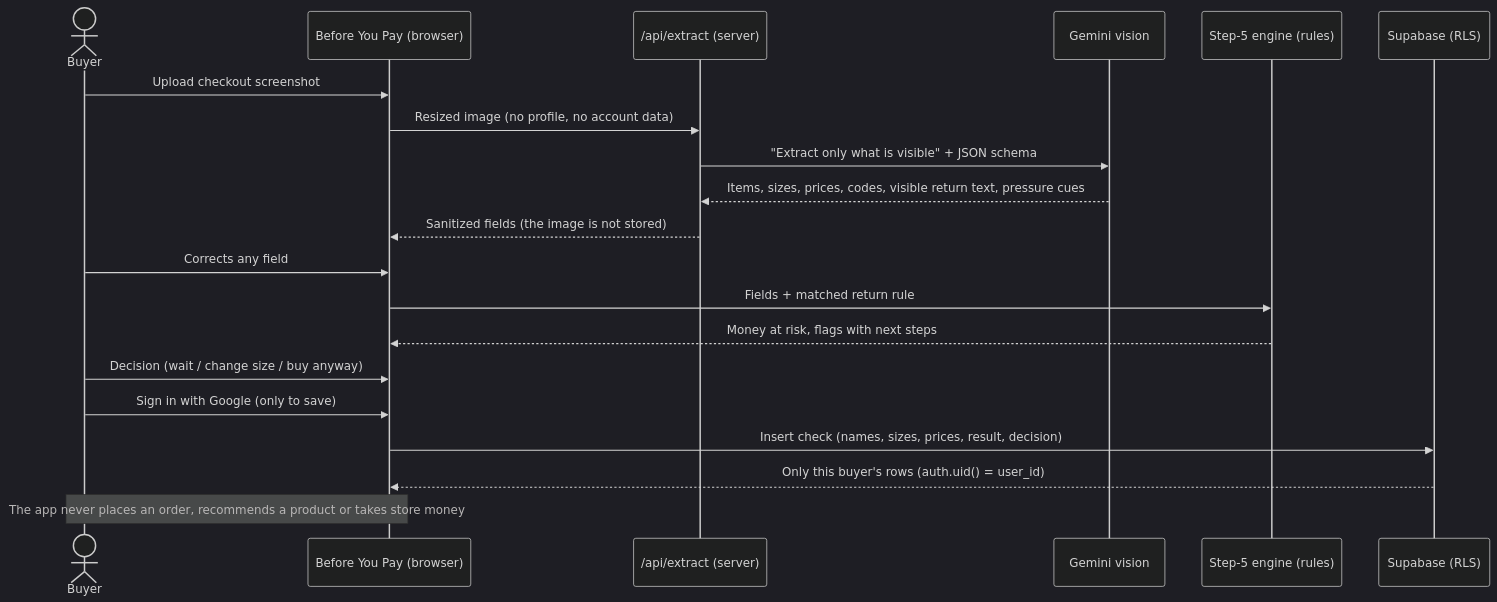
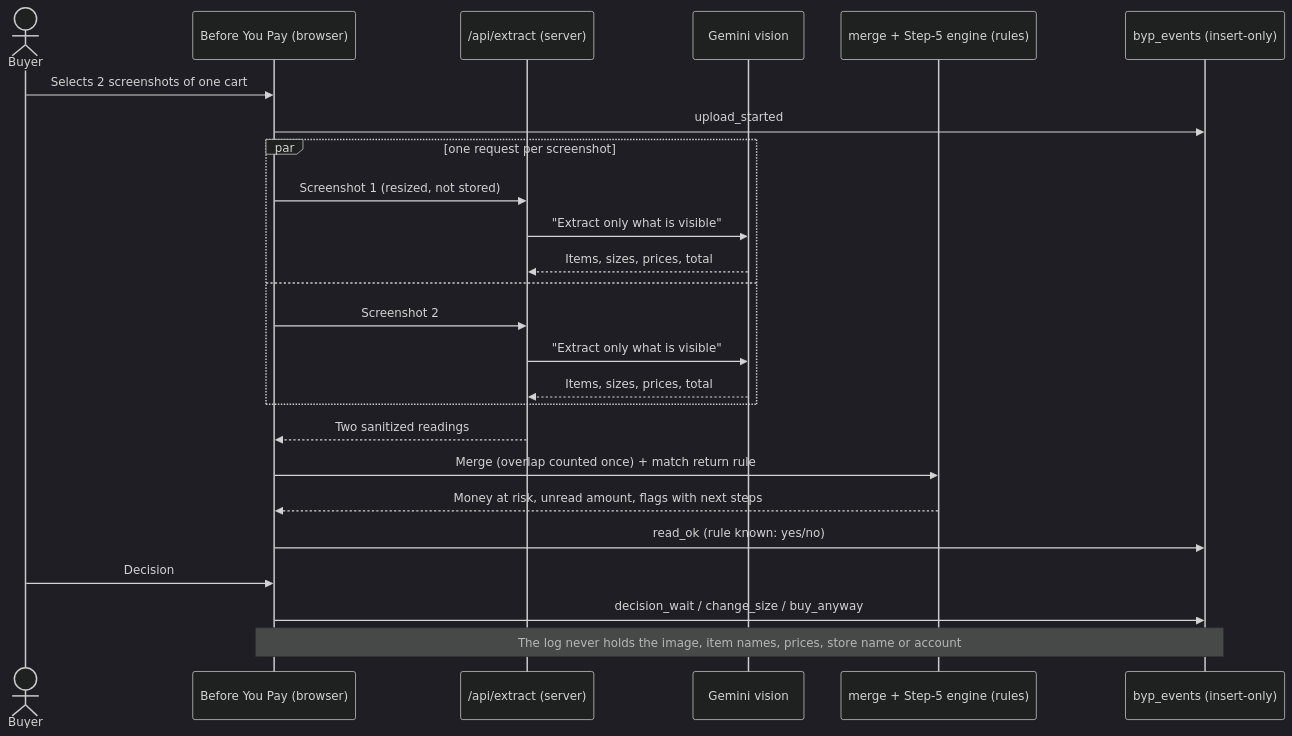
One commit to KaromBuilds/before-you-pay changed the second of 2 diagrams in docs/PACKET.md. Above: the diagram before and after it, drawn with Mermaid (dark theme). The commit also changed other lines of this file and 7 other files, not shown here.

First line of the commit message:
Week 13 packet, user sessions and persona test; headline says when part of the cart wasn't read

````diff
--- a/docs/PACKET.md
+++ b/docs/PACKET.md
@@ -57,22 +55,27 @@
 ```mermaid
 sequenceDiagram
     actor Buyer
     participant App as Before You Pay (browser)
     participant API as /api/extract (server)
     participant AI as Gemini vision
-    participant Engine as Step-5 engine (rules)
-    participant DB as Supabase (RLS)
-    Buyer->>App: Upload checkout screenshot
-    App->>API: Resized image (no profile, no account data)
-    API->>AI: "Extract only what is visible" + JSON schema
-    AI-->>API: Items, sizes, prices, codes, visible return text, pressure cues
-    API-->>App: Sanitized fields (the image is not stored)
-    Buyer->>App: Corrects any field
-    App->>Engine: Fields + matched return rule
-    Engine-->>App: Money at risk, flags with next steps
-    Buyer->>App: Decision (wait / change size / buy anyway)
-    Buyer->>App: Sign in with Google (only to save)
-    App->>DB: Insert check (names, sizes, prices, result, decision)
-    DB-->>App: Only this buyer's rows (auth.uid() = user_id)
-    Note over App,Buyer: The app never places an order, recommends a product or takes store money
+    participant Merge as merge + Step-5 engine (rules)
+    participant Log as byp_events (insert-only)
+    Buyer->>App: Selects 2 screenshots of one cart
+    App->>Log: upload_started
+    par one request per screenshot
+        App->>API: Screenshot 1 (resized, not stored)
+        API->>AI: "Extract only what is visible"
+        AI-->>API: Items, sizes, prices, total
+    and
+        App->>API: Screenshot 2
+        API->>AI: "Extract only what is visible"
+        AI-->>API: Items, sizes, prices, total
+    end
+    API-->>App: Two sanitized readings
+    App->>Merge: Merge (overlap counted once) + match return rule
+    Merge-->>App: Money at risk, unread amount, flags with next steps
+    App->>Log: read_ok (rule known: yes/no)
+    Buyer->>App: Decision
+    App->>Log: decision_wait / change_size / buy_anyway
+    Note over App,Log: The log never holds the image, item names, prices, store name or account
 ```
````
